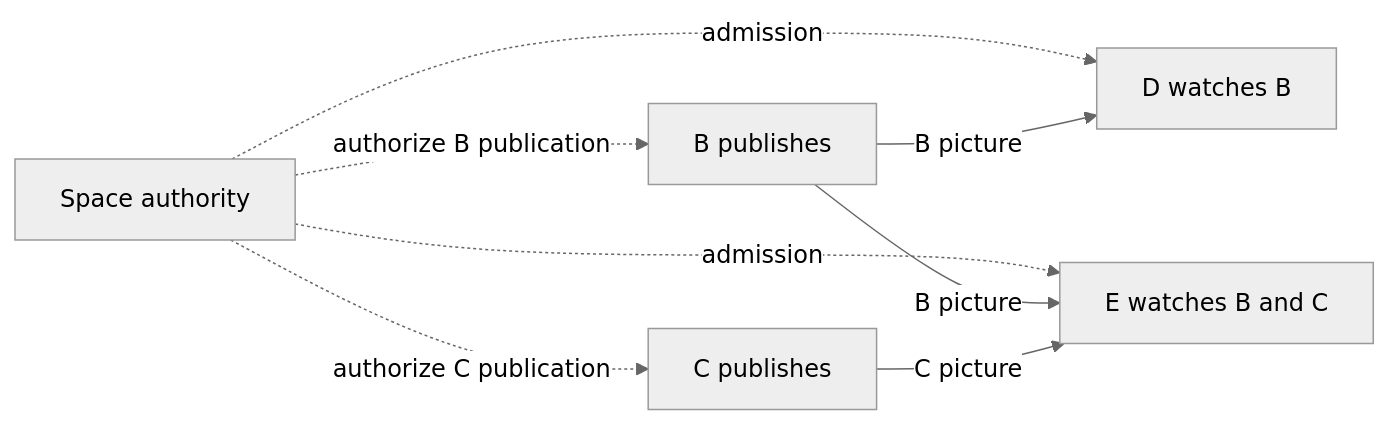
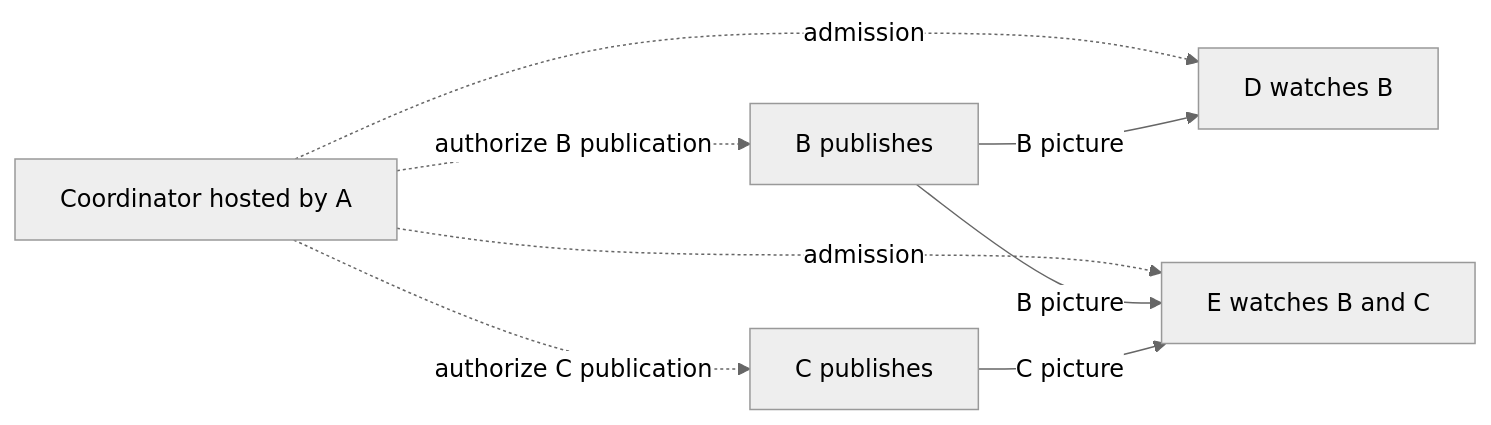
Before and after one commit to TNTcraftHIM/Piik: the diagram in docs/research/channel-network-design.md, drawn with Mermaid (neutral theme). The commit also changed other lines of this file and 5 other files, not shown here.

````diff
--- a/docs/research/channel-network-design.md
+++ b/docs/research/channel-network-design.md
@@ -166,10 +194,10 @@
 ```mermaid
 flowchart LR
-  A[Space authority] -. authorize B publication .-> B[B publishes]
+  A[Coordinator hosted by A] -. authorize B publication .-> B[B publishes]
   A -. authorize C publication .-> C[C publishes]
   A -. admission .-> D[D watches B]
   A -. admission .-> E[E watches B and C]
   B -->|B picture| D
   B -->|B picture| E
   C -->|C picture| E
 ```
````
